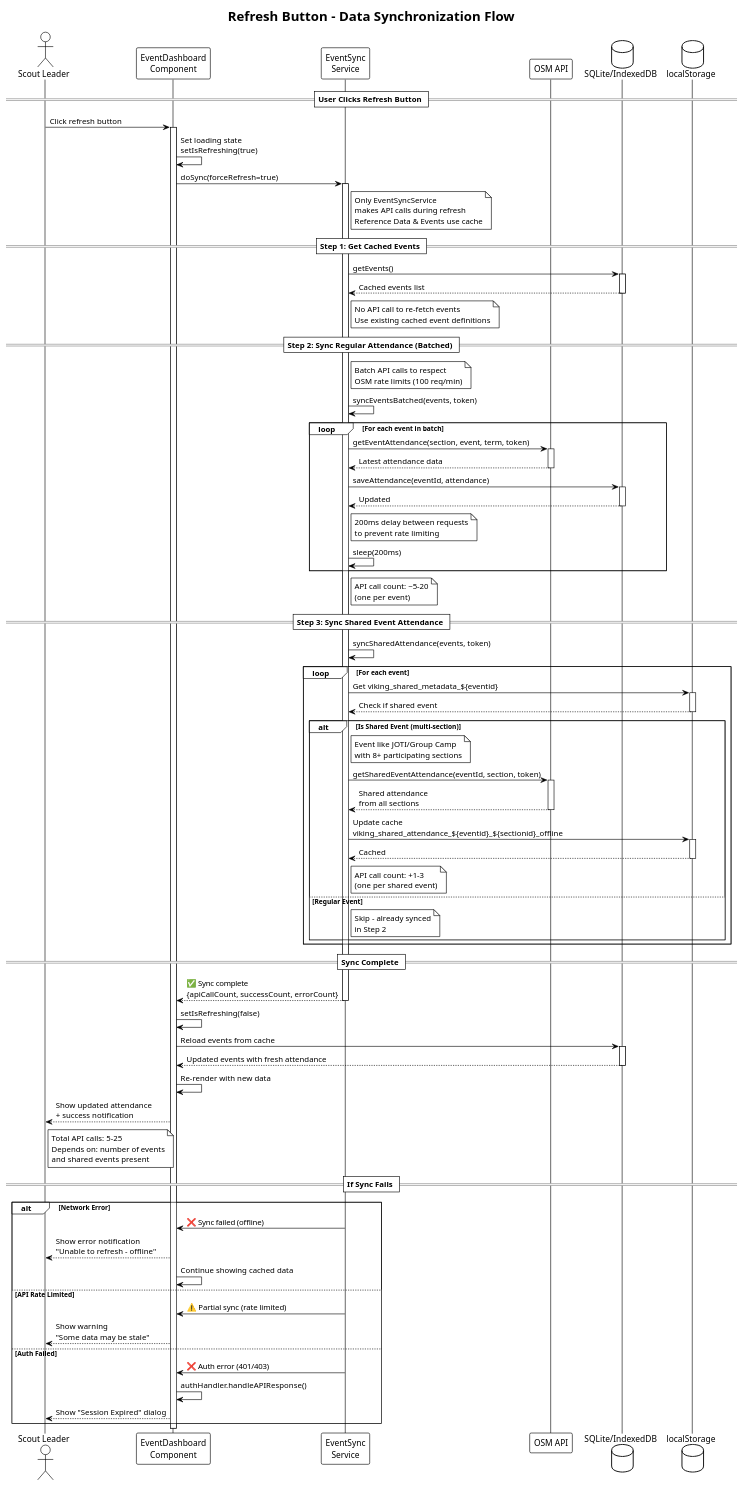
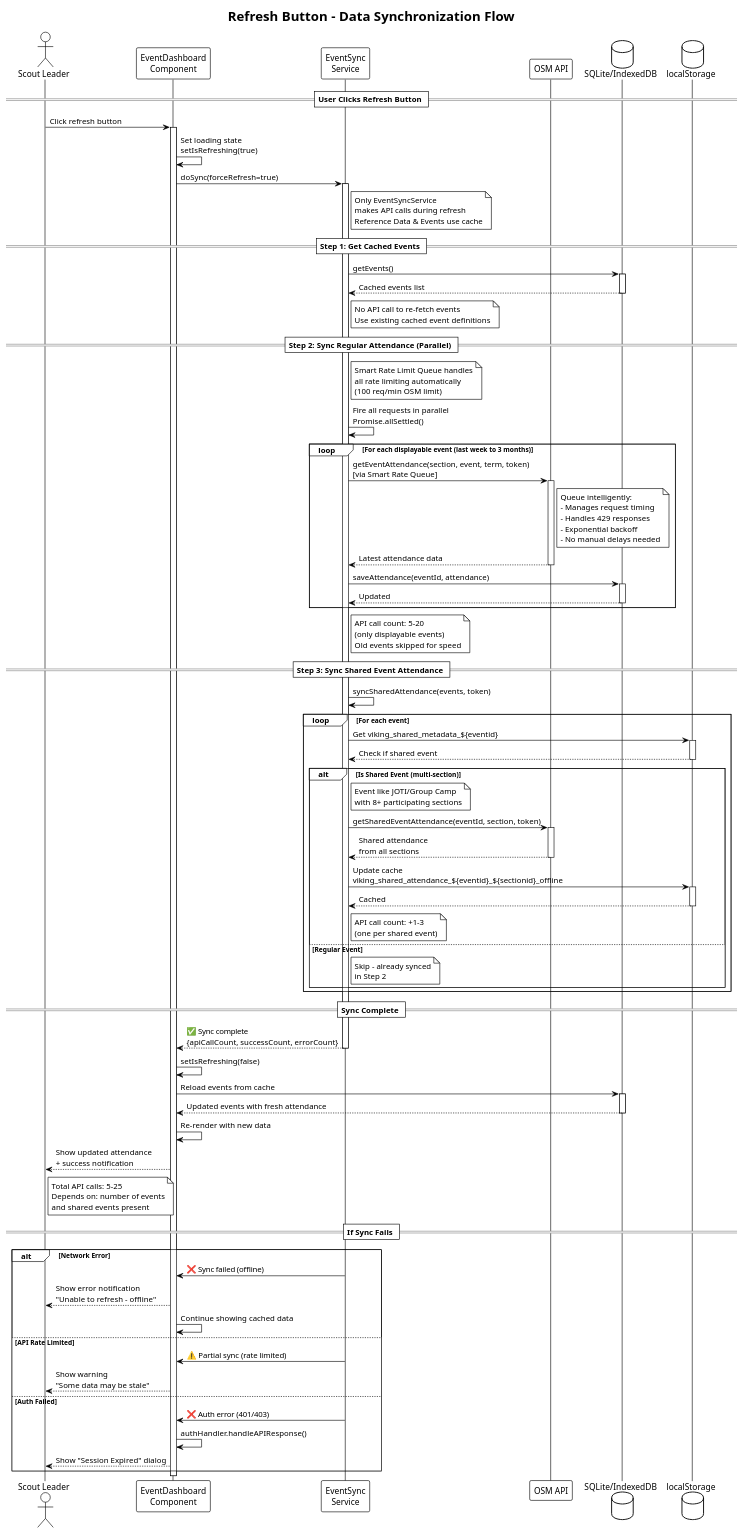
The diagram in docs/diagrams/03-refresh-button-flow.puml (Walton-Viking-Scouts/VikingsEventMgmt), drawn with PlantUML before and after one commit. The commit also changed 16 other files, not shown here.

```diff
--- a/docs/diagrams/03-refresh-button-flow.puml
+++ b/docs/diagrams/03-refresh-button-flow.puml
@@ -1,107 +1,108 @@
 @startuml Refresh Button Flow
 !theme plain
 title Refresh Button - Data Synchronization Flow
 
 actor "Scout Leader" as User
 participant "EventDashboard\nComponent" as Dashboard
 participant "EventSync\nService" as SyncSvc
 participant "OSM API" as OSM
 database "SQLite/IndexedDB" as DB
 database "localStorage" as LocalStore
 
 == User Clicks Refresh Button ==
 User -> Dashboard: Click refresh button
 activate Dashboard
 Dashboard -> Dashboard: Set loading state\nsetIsRefreshing(true)
 Dashboard -> SyncSvc: doSync(forceRefresh=true)
 activate SyncSvc
 
 note right of SyncSvc: Only EventSyncService\nmakes API calls during refresh\nReference Data & Events use cache
 
 == Step 1: Get Cached Events ==
 SyncSvc -> DB: getEvents()
 activate DB
 DB --> SyncSvc: Cached events list
 deactivate DB
 
 note right of SyncSvc: No API call to re-fetch events\nUse existing cached event definitions
 
-== Step 2: Sync Regular Attendance (Batched) ==
-note right of SyncSvc: Batch API calls to respect\nOSM rate limits (100 req/min)
+== Step 2: Sync Regular Attendance (Parallel) ==
+note right of SyncSvc: Smart Rate Limit Queue handles\nall rate limiting automatically\n(100 req/min OSM limit)
 
-SyncSvc -> SyncSvc: syncEventsBatched(events, token)
-loop For each event in batch
-    SyncSvc -> OSM: getEventAttendance(section, event, term, token)
+SyncSvc -> SyncSvc: Fire all requests in parallel\nPromise.allSettled()
+
+loop For each displayable event (last week to 3 months)
+    SyncSvc -> OSM: getEventAttendance(section, event, term, token)\n[via Smart Rate Queue]
     activate OSM
+
+    note right of OSM: Queue intelligently:\n- Manages request timing\n- Handles 429 responses\n- Exponential backoff\n- No manual delays needed
+
     OSM --> SyncSvc: Latest attendance data
     deactivate OSM
 
     SyncSvc -> DB: saveAttendance(eventId, attendance)
     activate DB
     DB --> SyncSvc: Updated
     deactivate DB
-
-    note right of SyncSvc: 200ms delay between requests\nto prevent rate limiting
-    SyncSvc -> SyncSvc: sleep(200ms)
 end
 
-note right of SyncSvc: API call count: ~5-20\n(one per event)
+note right of SyncSvc: API call count: 5-20\n(only displayable events)\nOld events skipped for speed
 
 == Step 3: Sync Shared Event Attendance ==
 SyncSvc -> SyncSvc: syncSharedAttendance(events, token)
 
 loop For each event
     SyncSvc -> LocalStore: Get viking_shared_metadata_${eventid}
     activate LocalStore
     LocalStore --> SyncSvc: Check if shared event
     deactivate LocalStore
 
     alt Is Shared Event (multi-section)
         note right of SyncSvc: Event like JOTI/Group Camp\nwith 8+ participating sections
 
         SyncSvc -> OSM: getSharedEventAttendance(eventId, section, token)
         activate OSM
         OSM --> SyncSvc: Shared attendance\nfrom all sections
         deactivate OSM
 
         SyncSvc -> LocalStore: Update cache\nviking_shared_attendance_${eventid}_${sectionid}_offline
         activate LocalStore
         LocalStore --> SyncSvc: Cached
         deactivate LocalStore
 
         note right of SyncSvc: API call count: +1-3\n(one per shared event)
     else Regular Event
         note right of SyncSvc: Skip - already synced\nin Step 2
     end
 end
 
 == Sync Complete ==
 SyncSvc --> Dashboard: ✅ Sync complete\n{apiCallCount, successCount, errorCount}
 deactivate SyncSvc
 
 Dashboard -> Dashboard: setIsRefreshing(false)
 Dashboard -> DB: Reload events from cache
 activate DB
 DB --> Dashboard: Updated events with fresh attendance
 deactivate DB
 
 Dashboard -> Dashboard: Re-render with new data
 Dashboard --> User: Show updated attendance\n+ success notification
 
 note right of User: Total API calls: 5-25\nDepends on: number of events\nand shared events present
 
 == If Sync Fails ==
 alt Network Error
     SyncSvc -> Dashboard: ❌ Sync failed (offline)
     Dashboard --> User: Show error notification\n"Unable to refresh - offline"
     Dashboard -> Dashboard: Continue showing cached data
 else API Rate Limited
     SyncSvc -> Dashboard: ⚠️ Partial sync (rate limited)
     Dashboard --> User: Show warning\n"Some data may be stale"
 else Auth Failed
     SyncSvc -> Dashboard: ❌ Auth error (401/403)
     Dashboard -> Dashboard: authHandler.handleAPIResponse()
     Dashboard --> User: Show "Session Expired" dialog
 end
 
 @enduml
```
